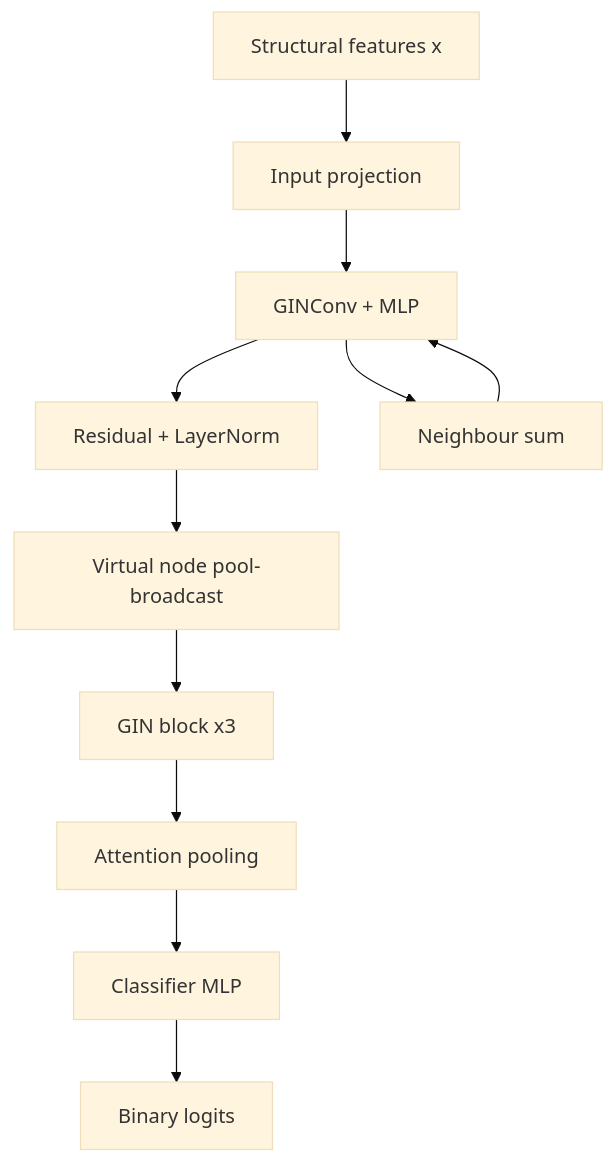
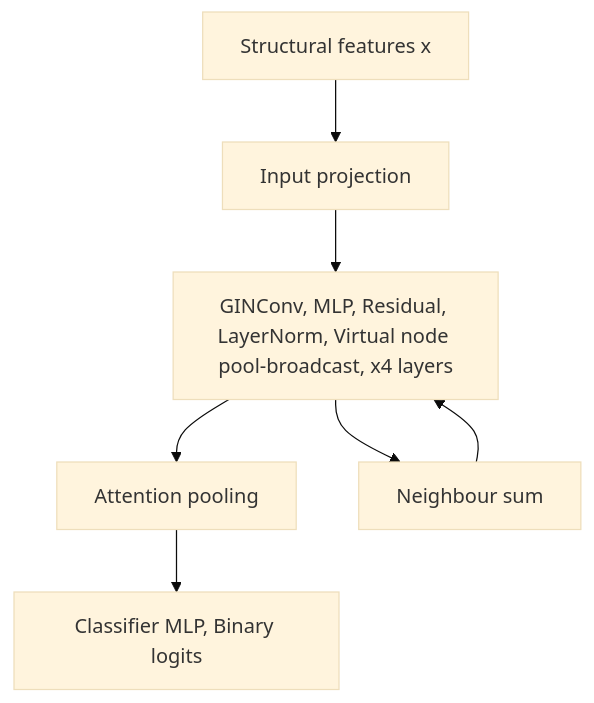
One commit to pymlex/threads-gnn changed the first of 3 diagrams in README.md. Above: the diagram before and after it, drawn with Mermaid (base theme). The commit also changed other lines of this file, not shown here.

Commit message:
Compact mermaid encoder diagrams by merging linear node chains.

`````diff
--- a/README.md
+++ b/README.md
@@ -259,13 +259,9 @@
 ```mermaid
 flowchart TB
     X["Structural features x"] --> Proj["Input projection"]
-    Proj --> GIN["GINConv + MLP"]
-    GIN --> Res["Residual + LayerNorm"]
-    Res --> VN["Virtual node pool-broadcast"]
-    VN --> GIN2["GIN block x3"]
-    GIN2 --> Pool["Attention pooling"]
-    Pool --> Head["Classifier MLP"]
-    Head --> Out["Binary logits"]
-    GIN --> Sum["Neighbour sum"]
-    Sum --> GIN
-````
+    Proj --> Enc["GINConv, MLP, Residual, LayerNorm, Virtual node pool-broadcast, x4 layers"]
+    Enc --> Pool["Attention pooling"]
+    Pool --> Out["Classifier MLP, Binary logits"]
+    Enc --> Sum["Neighbour sum"]
+    Sum --> Enc
+```
`````
